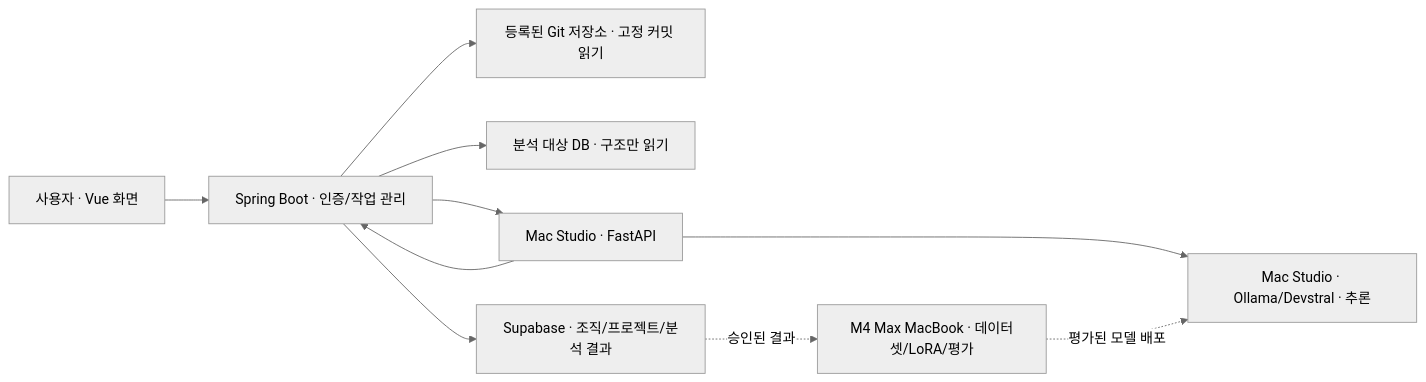
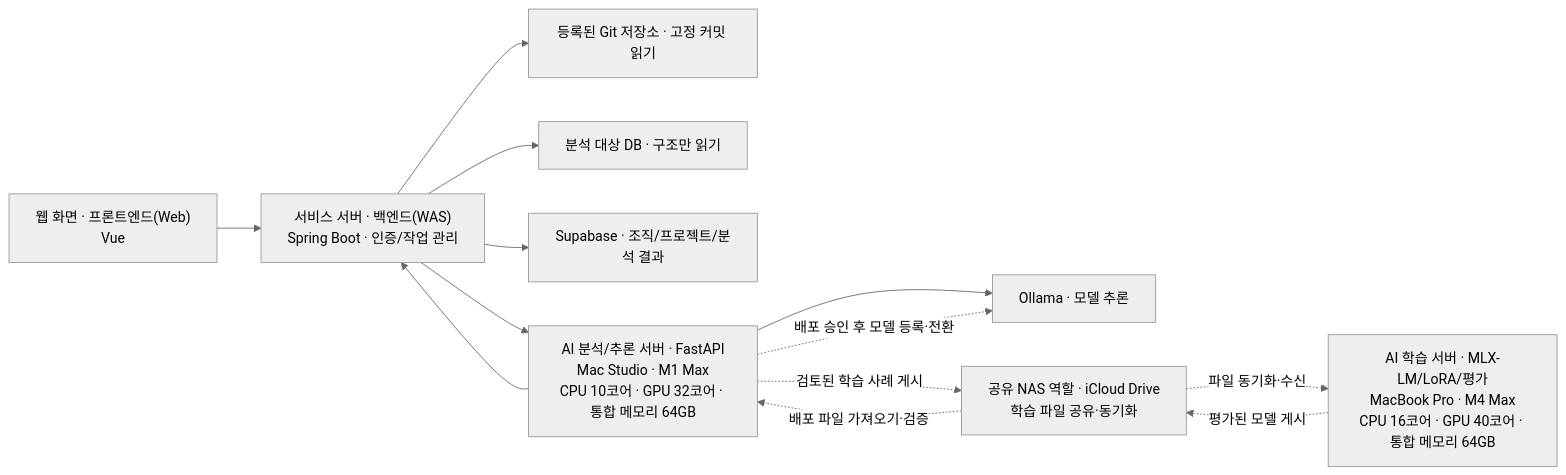
The diagram in docs/08_2026-10-13_AI_분석과_맥북_학습_인수인계.md (KimAgHuge/hackathon-ai), drawn with Mermaid (neutral theme) before and after one commit. The commit also changed other lines of this file and 22 other files, not shown here.

````diff
--- a/docs/08_2026-10-13_AI_분석과_맥북_학습_인수인계.md
+++ b/docs/08_2026-10-13_AI_분석과_맥북_학습_인수인계.md
@@ -26,12 +33,15 @@
 ```mermaid
 flowchart LR
-    USER["사용자 · Vue 화면"] --> BE["Spring Boot · 인증/작업 관리"]
+    USER["웹 화면 · 프론트엔드(Web)<br/>Vue"] --> BE["서비스 서버 · 백엔드(WAS)<br/>Spring Boot · 인증/작업 관리"]
     BE --> GIT["등록된 Git 저장소 · 고정 커밋 읽기"]
     BE --> TARGET["분석 대상 DB · 구조만 읽기"]
     BE --> PLATFORM["Supabase · 조직/프로젝트/분석 결과"]
-    BE --> AI["Mac Studio · FastAPI"]
-    AI --> OLLAMA["Mac Studio · Ollama/Devstral · 추론"]
+    BE --> AI["AI 분석/추론 서버 · FastAPI<br/>Mac Studio · M1 Max<br/>CPU 10코어 · GPU 32코어 · 통합 메모리 64GB"]
+    AI --> OLLAMA["Ollama · 모델 추론"]
     AI --> BE
-    PLATFORM -. "승인된 결과" .-> TRAIN["M4 Max MacBook · 데이터셋/LoRA/평가"]
-    TRAIN -. "평가된 모델 배포" .-> OLLAMA
+    AI -. "검토된 학습 사례 게시" .-> NAS["공유 NAS 역할 · iCloud Drive<br/>학습 파일 공유·동기화"]
+    NAS -. "파일 동기화·수신" .-> TRAIN["AI 학습 서버 · MLX-LM/LoRA/평가<br/>MacBook Pro · M4 Max<br/>CPU 16코어 · GPU 40코어 · 통합 메모리 64GB"]
+    TRAIN -. "평가된 모델 게시" .-> NAS
+    NAS -. "배포 파일 가져오기·검증" .-> AI
+    AI -. "배포 승인 후 모델 등록·전환" .-> OLLAMA
 ```
````
